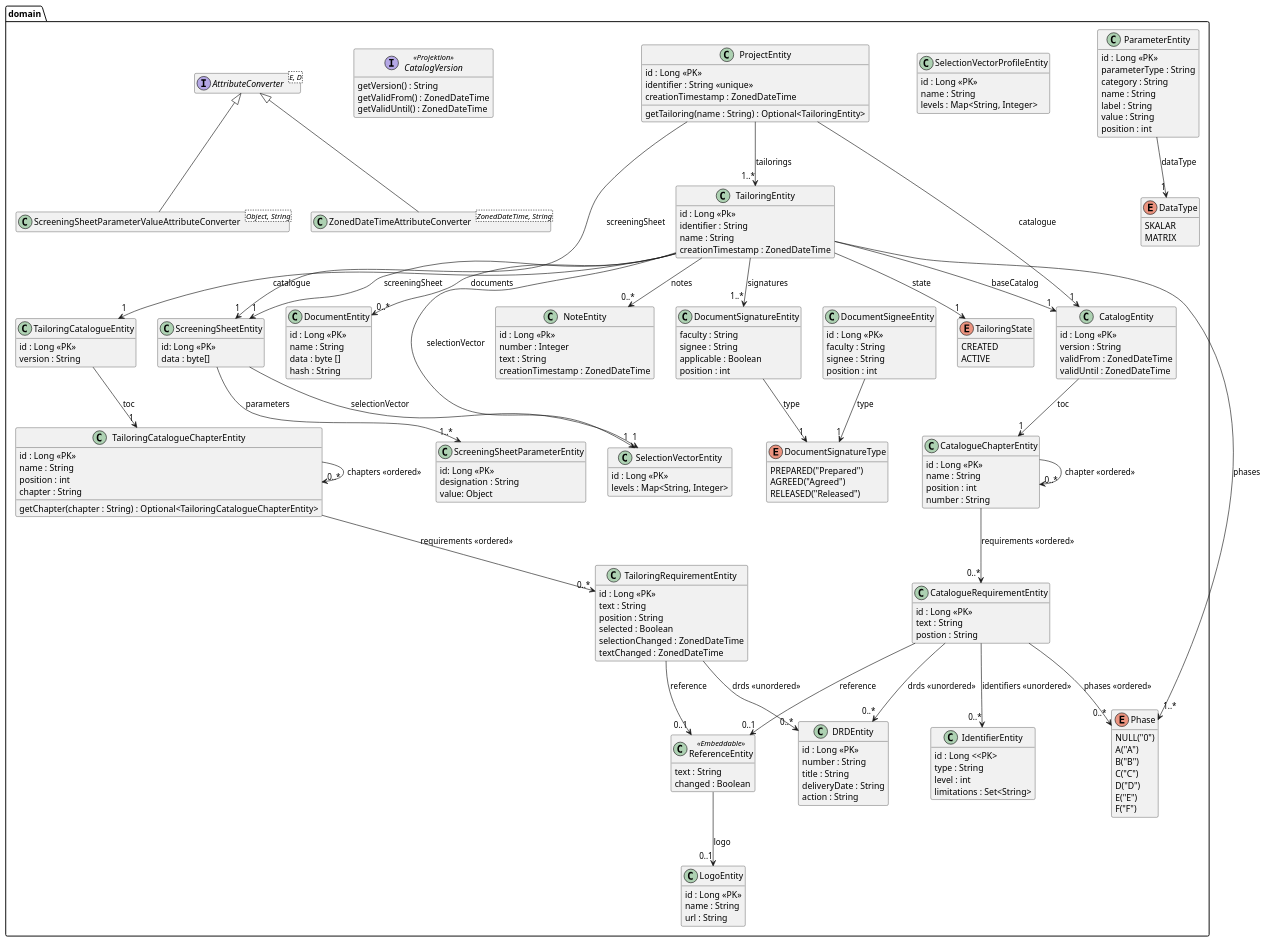
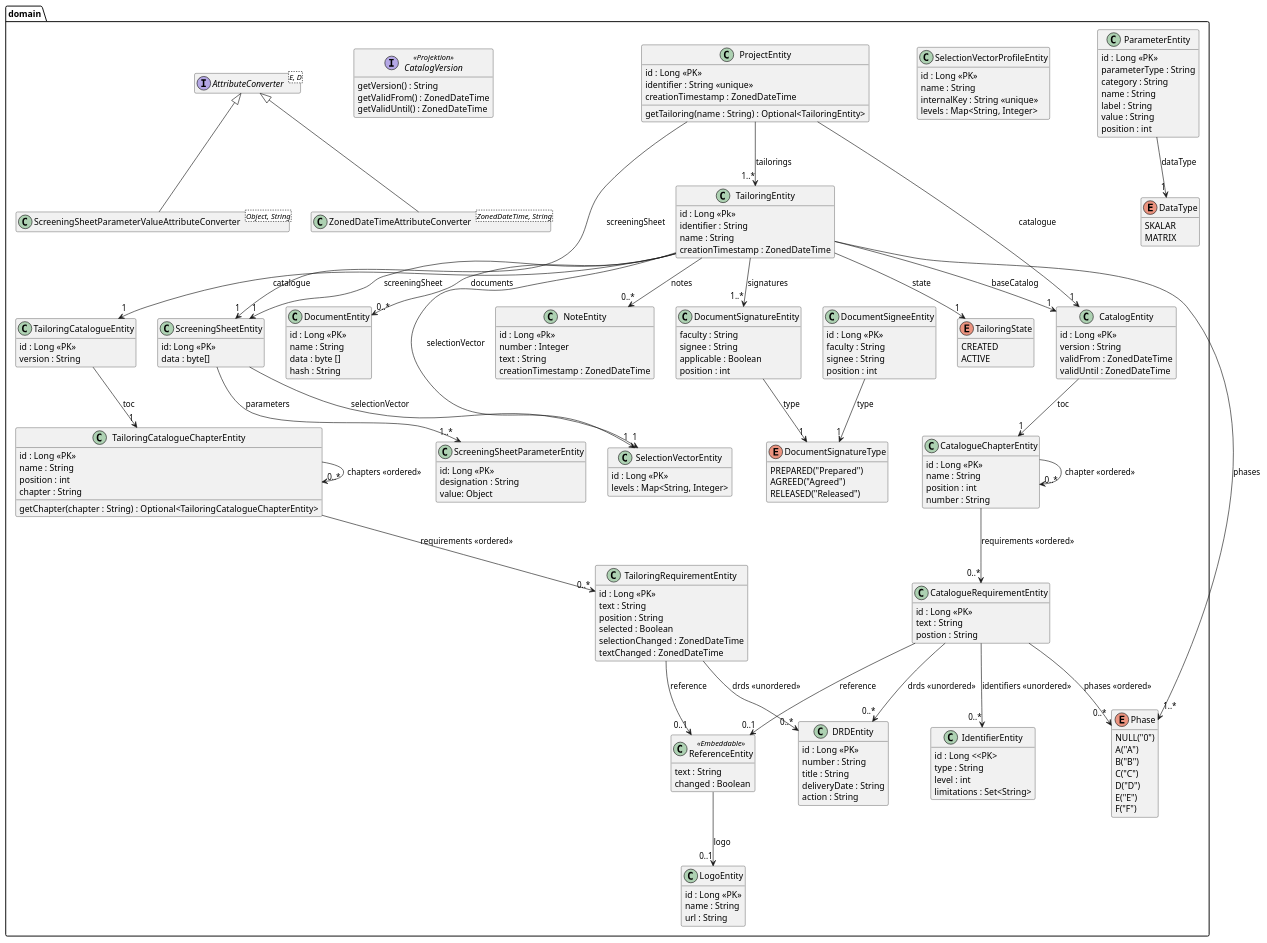
The diagram in src/site/arc42/plantuml/data-jpa/domain/Ebene3.plantuml (tailoringexpert/platform), drawn with PlantUML before and after one commit. The commit also changed 19 other files, not shown here.

Commit message:
implemented internal key of selectionvectorprofile

```diff
--- a/src/site/arc42/plantuml/data-jpa/domain/Ebene3.plantuml
+++ b/src/site/arc42/plantuml/data-jpa/domain/Ebene3.plantuml
@@ -101,6 +101,7 @@
     class SelectionVectorProfileEntity {
         id : Long <<PK>>
         name : String
+        internalKey : String <<unique>>
         levels : Map<String, Integer>
     }
 
```
